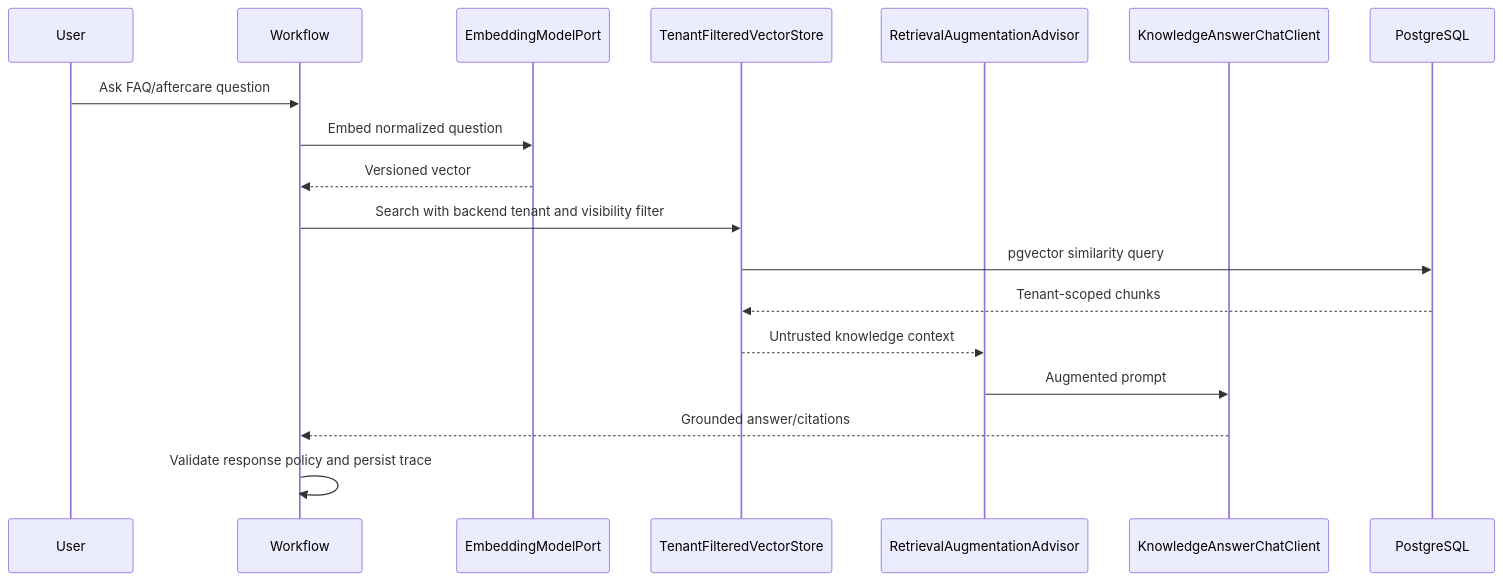
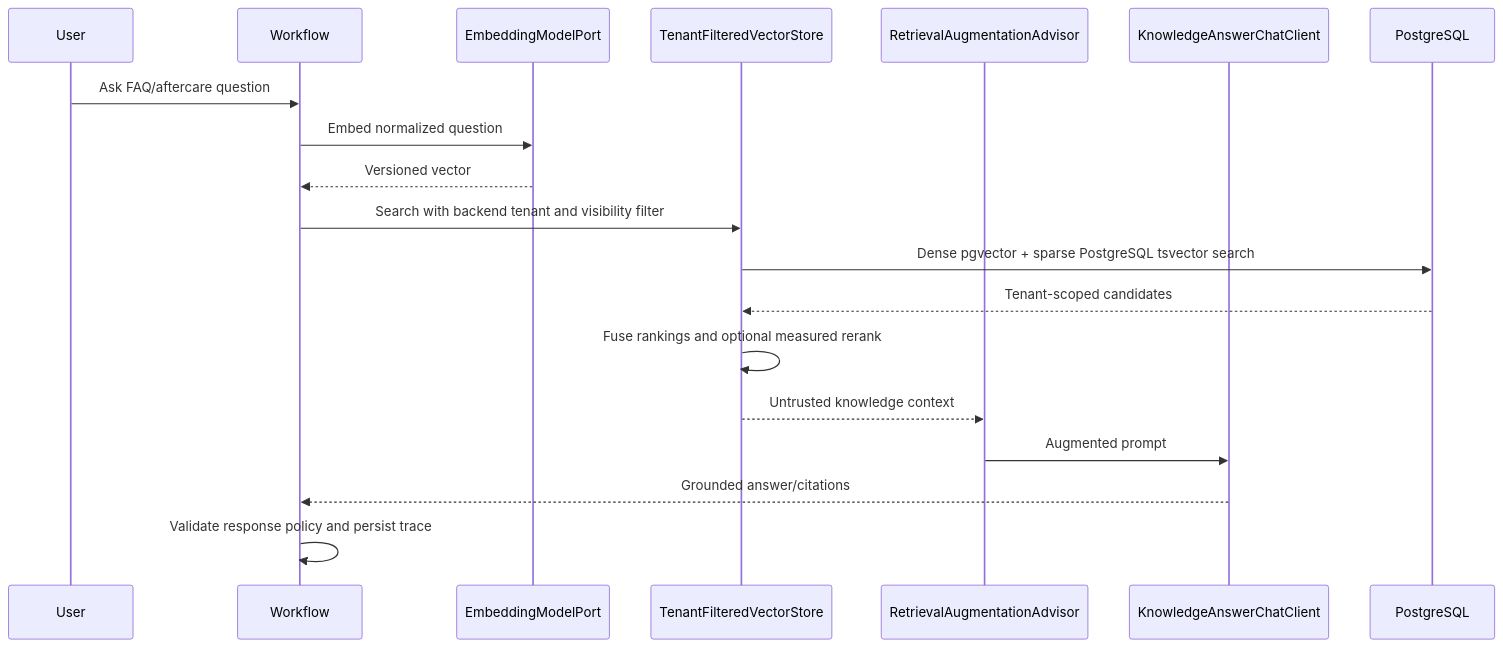
Before and after one commit to migangdelzar/emme-service: the eighth of 10 diagrams in docs/superpowers/specs/2026-08-28-ai-platform-consistency-and-graph-rag-design.md, drawn with Mermaid. The commit also changed other lines of this file and 2 other files, not shown here.

````diff
--- a/docs/superpowers/specs/2026-08-28-ai-platform-consistency-and-graph-rag-design.md
+++ b/docs/superpowers/specs/2026-08-28-ai-platform-consistency-and-graph-rag-design.md
@@ -519,21 +610,22 @@
 ```mermaid
 sequenceDiagram
     participant U as User
     participant W as Workflow
     participant E as EmbeddingModelPort
     participant V as TenantFilteredVectorStore
     participant A as RetrievalAugmentationAdvisor
     participant M as KnowledgeAnswerChatClient
     participant P as PostgreSQL
 
     U->>W: Ask FAQ/aftercare question
     W->>E: Embed normalized question
     E-->>W: Versioned vector
     W->>V: Search with backend tenant and visibility filter
-    V->>P: pgvector similarity query
-    P-->>V: Tenant-scoped chunks
+    V->>P: Dense pgvector + sparse PostgreSQL tsvector search
+    P-->>V: Tenant-scoped candidates
+    V->>V: Fuse rankings and optional measured rerank
     V-->>A: Untrusted knowledge context
     A->>M: Augmented prompt
     M-->>W: Grounded answer/citations
     W->>W: Validate response policy and persist trace
 ```
````
